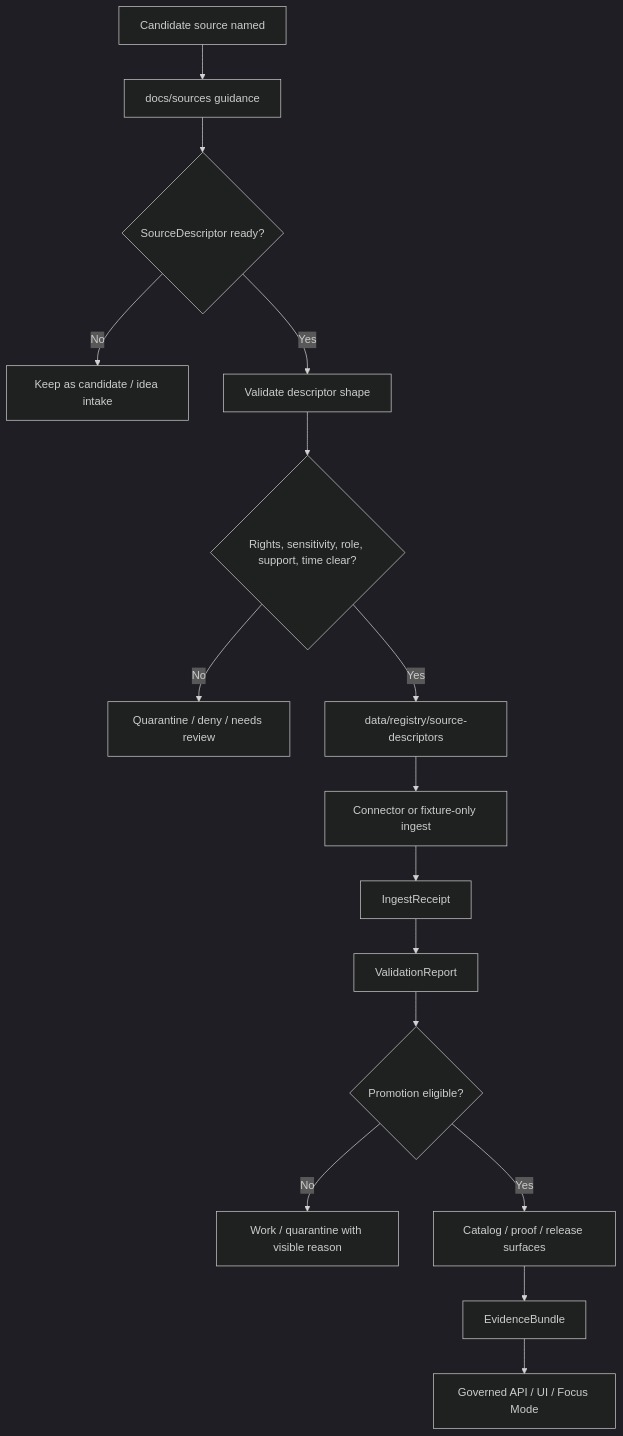
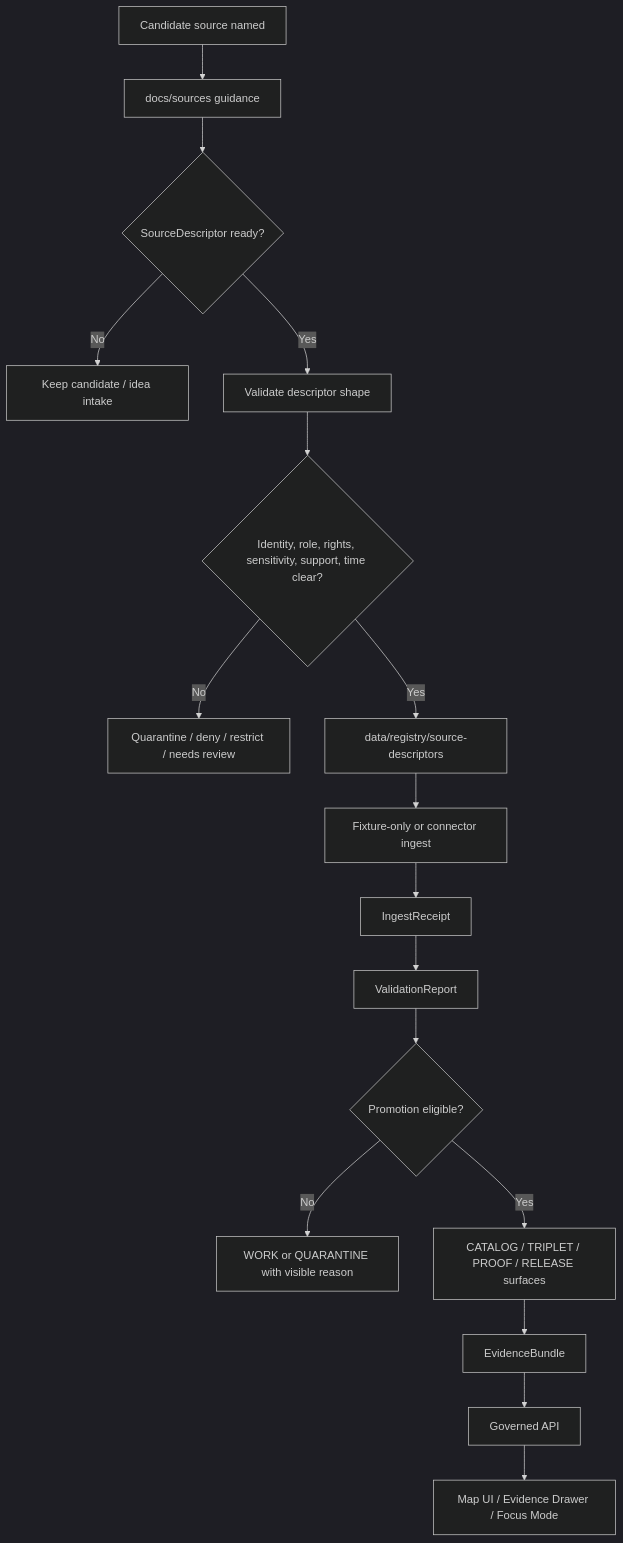
The diagram in docs/sources/README.md (bartytime4life/Kansas-Frontier-Matrix), drawn with Mermaid (dark theme) before and after one commit. The commit also changed other lines of this file, not shown here.

````diff
--- a/docs/sources/README.md
+++ b/docs/sources/README.md
@@ -287,23 +343,24 @@
 ```mermaid
 flowchart TD
   A[Candidate source named] --> B[docs/sources guidance]
   B --> C{SourceDescriptor ready?}
 
-  C -->|No| D[Keep as candidate / idea intake]
+  C -->|No| D[Keep candidate / idea intake]
   C -->|Yes| E[Validate descriptor shape]
 
-  E --> F{Rights, sensitivity, role, support, time clear?}
-  F -->|No| G[Quarantine / deny / needs review]
+  E --> F{Identity, role, rights, sensitivity, support, time clear?}
+  F -->|No| G[Quarantine / deny / restrict / needs review]
   F -->|Yes| H[data/registry/source-descriptors]
 
-  H --> I[Connector or fixture-only ingest]
+  H --> I[Fixture-only or connector ingest]
   I --> J[IngestReceipt]
   J --> K[ValidationReport]
   K --> L{Promotion eligible?}
 
-  L -->|No| M[Work / quarantine with visible reason]
-  L -->|Yes| N[Catalog / proof / release surfaces]
+  L -->|No| M[WORK or QUARANTINE with visible reason]
+  L -->|Yes| N[CATALOG / TRIPLET / PROOF / RELEASE surfaces]
 
   N --> O[EvidenceBundle]
-  O --> P[Governed API / UI / Focus Mode]
+  O --> P[Governed API]
+  P --> Q[Map UI / Evidence Drawer / Focus Mode]
 ```
````
